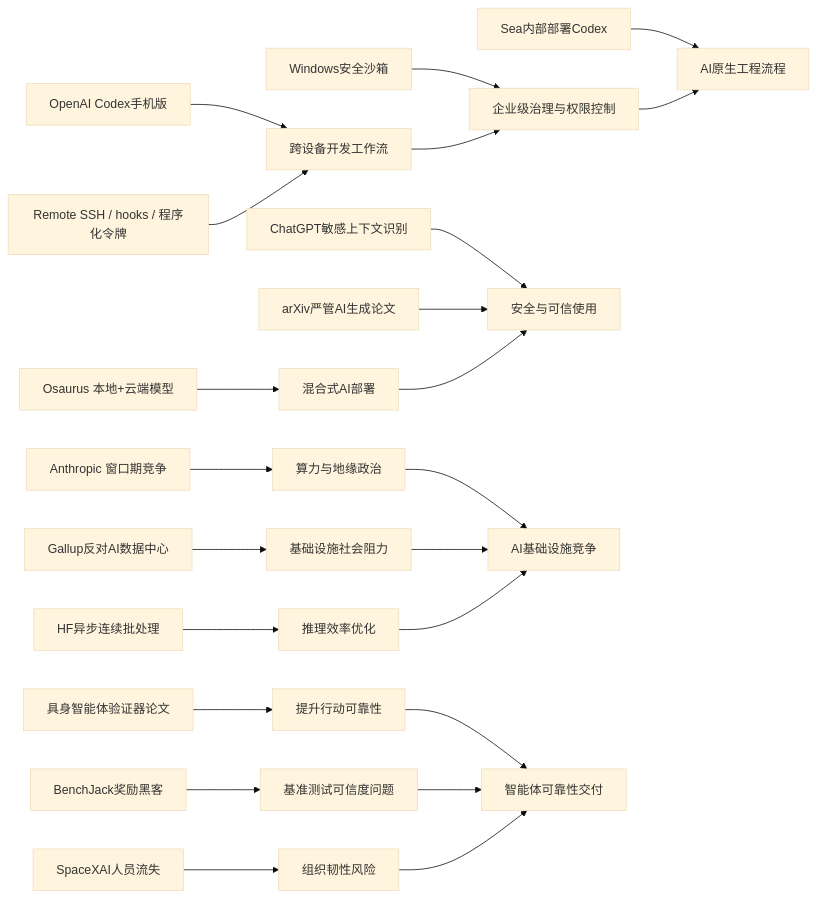
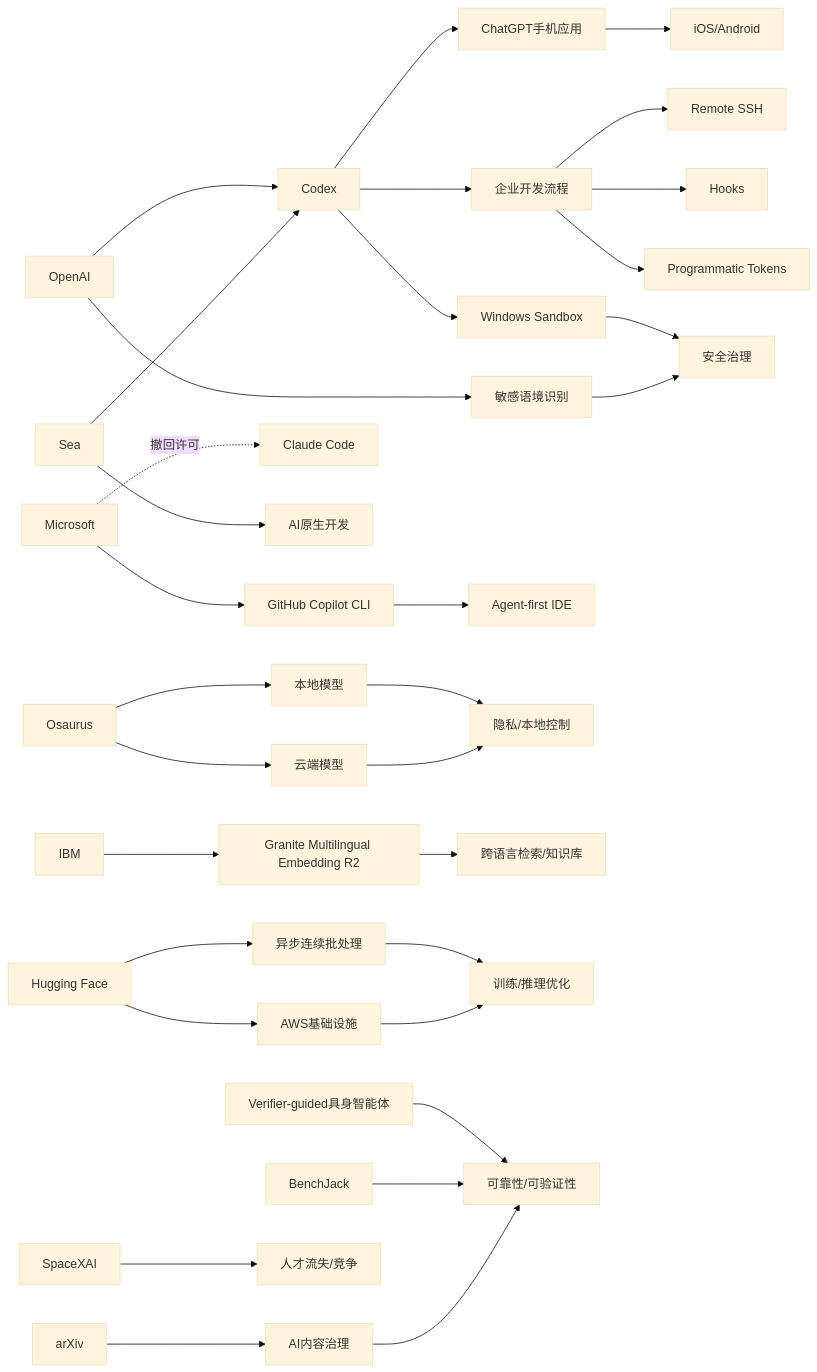
The diagram in content/cn/2026/2026-05/2026-05-15.md (zhuxinfei/ai-daily-site), drawn with Mermaid (base theme) before and after one commit. The commit also changed other lines of this file, not shown here.

````diff
--- a/content/cn/2026/2026-05/2026-05-15.md
+++ b/content/cn/2026/2026-05/2026-05-15.md
@@ -110,28 +120,84 @@
 ```mermaid
 graph LR
-    A[OpenAI Codex手机版] --> B[跨设备开发工作流]
-    C[Remote SSH / hooks / 程序化令牌] --> B
-    D[Windows安全沙箱] --> E[企业级治理与权限控制]
-    B --> E
-    F[Sea内部部署Codex] --> G[AI原生工程流程]
-    E --> G
+    OpenAI[OpenAI]
+    Codex[Codex]
+    ChatGPTApp[ChatGPT手机应用]
+    Mobile[iOS/Android]
+    Enterprise[企业开发流程]
+    SSH[Remote SSH]
+    Hooks[Hooks]
+    Tokens[Programmatic Tokens]
+    Sandbox[Windows Sandbox]
+    Security[安全治理]
+    Sensitive[敏感语境识别]
 
-    H[Osaurus 本地+云端模型] --> I[混合式AI部署]
-    J[ChatGPT敏感上下文识别] --> K[安全与可信使用]
-    L[arXiv严管AI生成论文] --> K
-    I --> K
+    Microsoft[Microsoft]
+    Copilot[GitHub Copilot CLI]
+    Claude[Claude Code]
+    IDE[Agent-first IDE]
 
-    M[Anthropic 窗口期竞争] --> N[算力与地缘政治]
-    O[Gallup反对AI数据中心] --> P[基础设施社会阻力]
-    Q[HF异步连续批处理] --> R[推理效率优化]
-    N --> S[AI基础设施竞争]
-    P --> S
-    R --> S
+    Sea[Sea]
+    AINative[AI原生开发]
 
-    T[具身智能体验证器论文] --> U[提升行动可靠性]
-    V[BenchJack奖励黑客] --> W[基准测试可信度问题]
-    U --> X[智能体可靠性交付]
-    W --> X
-    Y[SpaceXAI人员流失] --> Z[组织韧性风险]
-    Z --> X
+    Osaurus[Osaurus]
+    Local[本地模型]
+    Cloud[云端模型]
+    Privacy[隐私/本地控制]
+
+    IBM[IBM]
+    Granite[Granite Multilingual Embedding R2]
+    Retrieval[跨语言检索/知识库]
+
+    HF[Hugging Face]
+    Async[异步连续批处理]
+    AWS[AWS基础设施]
+    Infra[训练/推理优化]
+
+    Verifier[Verifier-guided具身智能体]
+    BenchJack[BenchJack]
+    Reliability[可靠性/可验证性]
+
+    arXiv[arXiv]
+    Governance[AI内容治理]
+
+    SpaceXAI[SpaceXAI]
+    Talent[人才流失/竞争]
+
+    OpenAI --> Codex
+    Codex --> ChatGPTApp
+    ChatGPTApp --> Mobile
+    Codex --> Enterprise
+    Enterprise --> SSH
+    Enterprise --> Hooks
+    Enterprise --> Tokens
+    Codex --> Sandbox
+    Sandbox --> Security
+    OpenAI --> Sensitive
+    Sensitive --> Security
+
+    Microsoft --> Copilot
+    Microsoft -.撤回许可.-> Claude
+    Copilot --> IDE
+    Sea --> Codex
+    Sea --> AINative
+
+    Osaurus --> Local
+    Osaurus --> Cloud
+    Local --> Privacy
+    Cloud --> Privacy
+
+    IBM --> Granite
+    Granite --> Retrieval
+
+    HF --> Async
+    HF --> AWS
+    Async --> Infra
+    AWS --> Infra
+
+    Verifier --> Reliability
+    BenchJack --> Reliability
+    arXiv --> Governance
+    Governance --> Reliability
+
+    SpaceXAI --> Talent
 ```
````
